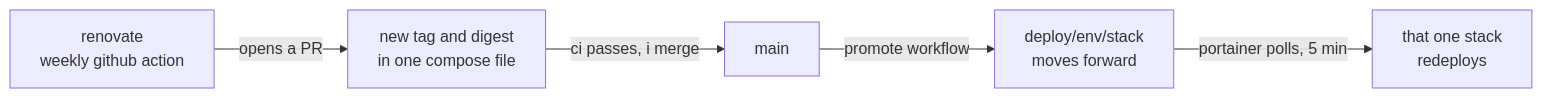
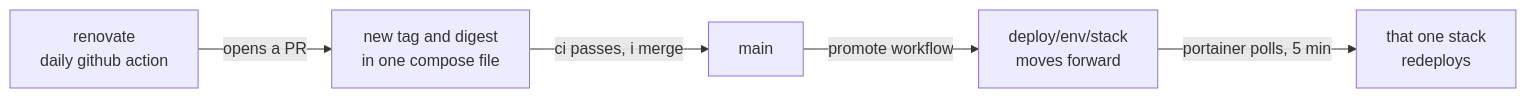
The diagram in docs/docker/image-updates-renovate.md (scyto/homelab-docs), drawn with Mermaid before and after one commit. The commit also changed other lines of this file and 213 other files, not shown here.

````diff
--- a/docs/docker/image-updates-renovate.md
+++ b/docs/docker/image-updates-renovate.md
@@ -23,7 +23,7 @@
 ```mermaid
 flowchart LR
-    A[renovate<br>weekly github action] -->|opens a PR| B[new tag and digest<br>in one compose file]
+    A[renovate<br>daily github action] -->|opens a PR| B[new tag and digest<br>in one compose file]
     B -->|ci passes, i merge| C[main]
     C -->|promote workflow| D[deploy/env/stack<br>moves forward]
     D -->|portainer polls, 5 min| E[that one stack<br>redeploys]
 ```
````
